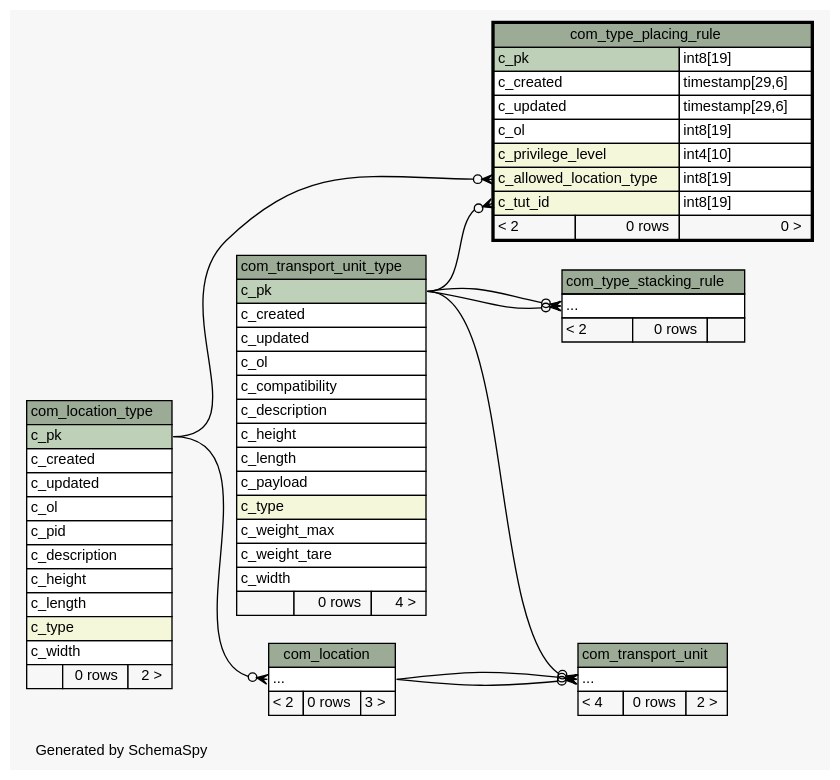
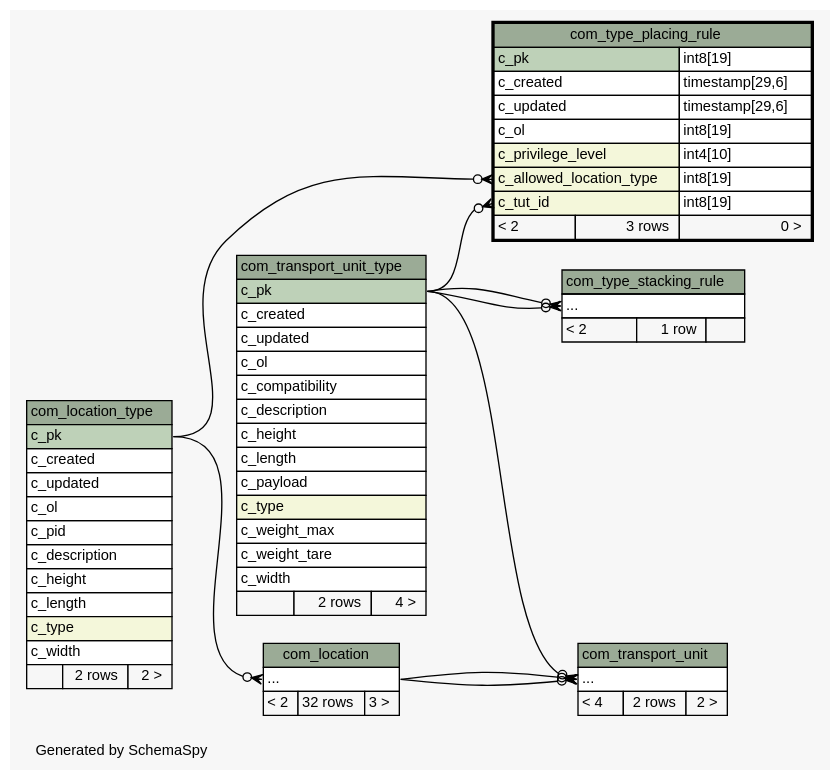
The diagram in schemaspy/diagrams/com_type_placing_rule.2degrees.dot (openwms/org.openwms.common.service.lib), drawn with Graphviz before and after one commit. The commit also changed 551 other files, not shown here.

```diff
--- a/schemaspy/diagrams/com_type_placing_rule.2degrees.dot
+++ b/schemaspy/diagrams/com_type_placing_rule.2degrees.dot
@@ -1,117 +1,117 @@
-// dot 2.38.0 on Linux 4.15.0-1037-gcp
+// dot 2.36.0 on Linux 4.4.0-101-generic
 // SchemaSpy rev Unknown
 digraph "twoDegreesRelationshipsDiagram" {
   graph [
     rankdir="RL"
     bgcolor="#f7f7f7"
     label="\nGenerated by SchemaSpy"
     labeljust="l"
     nodesep="0.18"
     ranksep="0.46"
     fontname="Helvetica"
     fontsize="11"
   ];
   node [
     fontname="Helvetica"
     fontsize="11"
     shape="plaintext"
   ];
   edge [
     arrowsize="0.8"
   ];
   "com_location":"elipses":w -> "com_location_type":"c_pk":e [arrowhead=none dir=back arrowtail=crowodot];
   "com_transport_unit":"elipses":w -> "com_location":"elipses":e [arrowhead=none dir=back arrowtail=crowodot];
   "com_transport_unit":"elipses":w -> "com_location":"elipses":e [arrowhead=none dir=back arrowtail=crowodot];
   "com_transport_unit":"elipses":w -> "com_transport_unit_type":"c_pk":e [arrowhead=none dir=back arrowtail=crowodot];
   "com_type_placing_rule":"c_allowed_location_type":w -> "com_location_type":"c_pk":e [arrowhead=none dir=back arrowtail=crowodot];
   "com_type_placing_rule":"c_tut_id":w -> "com_transport_unit_type":"c_pk":e [arrowhead=none dir=back arrowtail=crowodot];
   "com_type_stacking_rule":"elipses":w -> "com_transport_unit_type":"c_pk":e [arrowhead=none dir=back arrowtail=crowodot];
   "com_type_stacking_rule":"elipses":w -> "com_transport_unit_type":"c_pk":e [arrowhead=none dir=back arrowtail=crowodot];
   "com_location" [
     label=<
     <TABLE BORDER="0" CELLBORDER="1" CELLSPACING="0" BGCOLOR="#ffffff">
       <TR><TD COLSPAN="3" BGCOLOR="#9bab96" ALIGN="CENTER">com_location</TD></TR>
       <TR><TD PORT="elipses" COLSPAN="3" ALIGN="LEFT">...</TD></TR>
-      <TR><TD ALIGN="LEFT" BGCOLOR="#f7f7f7">&lt; 2</TD><TD ALIGN="RIGHT" BGCOLOR="#f7f7f7">0 rows</TD><TD ALIGN="RIGHT" BGCOLOR="#f7f7f7">3 &gt;</TD></TR>
+      <TR><TD ALIGN="LEFT" BGCOLOR="#f7f7f7">&lt; 2</TD><TD ALIGN="RIGHT" BGCOLOR="#f7f7f7">32 rows</TD><TD ALIGN="RIGHT" BGCOLOR="#f7f7f7">3 &gt;</TD></TR>
     </TABLE>>
     URL="com_location.html"
     tooltip="com_location"
   ];
   "com_location_type" [
     label=<
     <TABLE BORDER="0" CELLBORDER="1" CELLSPACING="0" BGCOLOR="#ffffff">
       <TR><TD COLSPAN="3" BGCOLOR="#9bab96" ALIGN="CENTER">com_location_type</TD></TR>
       <TR><TD PORT="c_pk" COLSPAN="3" BGCOLOR="#bed1b8" ALIGN="LEFT">c_pk</TD></TR>
       <TR><TD PORT="c_created" COLSPAN="3" ALIGN="LEFT">c_created</TD></TR>
       <TR><TD PORT="c_updated" COLSPAN="3" ALIGN="LEFT">c_updated</TD></TR>
       <TR><TD PORT="c_ol" COLSPAN="3" ALIGN="LEFT">c_ol</TD></TR>
       <TR><TD PORT="c_pid" COLSPAN="3" ALIGN="LEFT">c_pid</TD></TR>
       <TR><TD PORT="c_description" COLSPAN="3" ALIGN="LEFT">c_description</TD></TR>
       <TR><TD PORT="c_height" COLSPAN="3" ALIGN="LEFT">c_height</TD></TR>
       <TR><TD PORT="c_length" COLSPAN="3" ALIGN="LEFT">c_length</TD></TR>
       <TR><TD PORT="c_type" COLSPAN="3" BGCOLOR="#f4f7da" ALIGN="LEFT">c_type</TD></TR>
       <TR><TD PORT="c_width" COLSPAN="3" ALIGN="LEFT">c_width</TD></TR>
-      <TR><TD ALIGN="LEFT" BGCOLOR="#f7f7f7">  </TD><TD ALIGN="RIGHT" BGCOLOR="#f7f7f7">0 rows</TD><TD ALIGN="RIGHT" BGCOLOR="#f7f7f7">2 &gt;</TD></TR>
+      <TR><TD ALIGN="LEFT" BGCOLOR="#f7f7f7">  </TD><TD ALIGN="RIGHT" BGCOLOR="#f7f7f7">2 rows</TD><TD ALIGN="RIGHT" BGCOLOR="#f7f7f7">2 &gt;</TD></TR>
     </TABLE>>
     URL="com_location_type.html"
     tooltip="com_location_type"
   ];
   "com_transport_unit" [
     label=<
     <TABLE BORDER="0" CELLBORDER="1" CELLSPACING="0" BGCOLOR="#ffffff">
       <TR><TD COLSPAN="3" BGCOLOR="#9bab96" ALIGN="CENTER">com_transport_unit</TD></TR>
       <TR><TD PORT="elipses" COLSPAN="3" ALIGN="LEFT">...</TD></TR>
-      <TR><TD ALIGN="LEFT" BGCOLOR="#f7f7f7">&lt; 4</TD><TD ALIGN="RIGHT" BGCOLOR="#f7f7f7">0 rows</TD><TD ALIGN="RIGHT" BGCOLOR="#f7f7f7">2 &gt;</TD></TR>
+      <TR><TD ALIGN="LEFT" BGCOLOR="#f7f7f7">&lt; 4</TD><TD ALIGN="RIGHT" BGCOLOR="#f7f7f7">2 rows</TD><TD ALIGN="RIGHT" BGCOLOR="#f7f7f7">2 &gt;</TD></TR>
     </TABLE>>
     URL="com_transport_unit.html"
     tooltip="com_transport_unit"
   ];
   "com_transport_unit_type" [
     label=<
     <TABLE BORDER="0" CELLBORDER="1" CELLSPACING="0" BGCOLOR="#ffffff">
       <TR><TD COLSPAN="3" BGCOLOR="#9bab96" ALIGN="CENTER">com_transport_unit_type</TD></TR>
       <TR><TD PORT="c_pk" COLSPAN="3" BGCOLOR="#bed1b8" ALIGN="LEFT">c_pk</TD></TR>
       <TR><TD PORT="c_created" COLSPAN="3" ALIGN="LEFT">c_created</TD></TR>
       <TR><TD PORT="c_updated" COLSPAN="3" ALIGN="LEFT">c_updated</TD></TR>
       <TR><TD PORT="c_ol" COLSPAN="3" ALIGN="LEFT">c_ol</TD></TR>
       <TR><TD PORT="c_compatibility" COLSPAN="3" ALIGN="LEFT">c_compatibility</TD></TR>
       <TR><TD PORT="c_description" COLSPAN="3" ALIGN="LEFT">c_description</TD></TR>
       <TR><TD PORT="c_height" COLSPAN="3" ALIGN="LEFT">c_height</TD></TR>
       <TR><TD PORT="c_length" COLSPAN="3" ALIGN="LEFT">c_length</TD></TR>
       <TR><TD PORT="c_payload" COLSPAN="3" ALIGN="LEFT">c_payload</TD></TR>
       <TR><TD PORT="c_type" COLSPAN="3" BGCOLOR="#f4f7da" ALIGN="LEFT">c_type</TD></TR>
       <TR><TD PORT="c_weight_max" COLSPAN="3" ALIGN="LEFT">c_weight_max</TD></TR>
       <TR><TD PORT="c_weight_tare" COLSPAN="3" ALIGN="LEFT">c_weight_tare</TD></TR>
       <TR><TD PORT="c_width" COLSPAN="3" ALIGN="LEFT">c_width</TD></TR>
-      <TR><TD ALIGN="LEFT" BGCOLOR="#f7f7f7">  </TD><TD ALIGN="RIGHT" BGCOLOR="#f7f7f7">0 rows</TD><TD ALIGN="RIGHT" BGCOLOR="#f7f7f7">4 &gt;</TD></TR>
+      <TR><TD ALIGN="LEFT" BGCOLOR="#f7f7f7">  </TD><TD ALIGN="RIGHT" BGCOLOR="#f7f7f7">2 rows</TD><TD ALIGN="RIGHT" BGCOLOR="#f7f7f7">4 &gt;</TD></TR>
     </TABLE>>
     URL="com_transport_unit_type.html"
     tooltip="com_transport_unit_type"
   ];
   "com_type_placing_rule" [
     label=<
     <TABLE BORDER="2" CELLBORDER="1" CELLSPACING="0" BGCOLOR="#ffffff">
       <TR><TD COLSPAN="3" BGCOLOR="#9bab96" ALIGN="CENTER">com_type_placing_rule</TD></TR>
       <TR><TD PORT="c_pk" COLSPAN="2" BGCOLOR="#bed1b8" ALIGN="LEFT">c_pk</TD><TD PORT="c_pk.type" ALIGN="LEFT">int8[19]</TD></TR>
       <TR><TD PORT="c_created" COLSPAN="2" ALIGN="LEFT">c_created</TD><TD PORT="c_created.type" ALIGN="LEFT">timestamp[29,6]</TD></TR>
       <TR><TD PORT="c_updated" COLSPAN="2" ALIGN="LEFT">c_updated</TD><TD PORT="c_updated.type" ALIGN="LEFT">timestamp[29,6]</TD></TR>
       <TR><TD PORT="c_ol" COLSPAN="2" ALIGN="LEFT">c_ol</TD><TD PORT="c_ol.type" ALIGN="LEFT">int8[19]</TD></TR>
       <TR><TD PORT="c_privilege_level" COLSPAN="2" BGCOLOR="#f4f7da" ALIGN="LEFT">c_privilege_level</TD><TD PORT="c_privilege_level.type" ALIGN="LEFT">int4[10]</TD></TR>
       <TR><TD PORT="c_allowed_location_type" COLSPAN="2" BGCOLOR="#f4f7da" ALIGN="LEFT">c_allowed_location_type</TD><TD PORT="c_allowed_location_type.type" ALIGN="LEFT">int8[19]</TD></TR>
       <TR><TD PORT="c_tut_id" COLSPAN="2" BGCOLOR="#f4f7da" ALIGN="LEFT">c_tut_id</TD><TD PORT="c_tut_id.type" ALIGN="LEFT">int8[19]</TD></TR>
-      <TR><TD ALIGN="LEFT" BGCOLOR="#f7f7f7">&lt; 2</TD><TD ALIGN="RIGHT" BGCOLOR="#f7f7f7">0 rows</TD><TD ALIGN="RIGHT" BGCOLOR="#f7f7f7">0 &gt;</TD></TR>
+      <TR><TD ALIGN="LEFT" BGCOLOR="#f7f7f7">&lt; 2</TD><TD ALIGN="RIGHT" BGCOLOR="#f7f7f7">3 rows</TD><TD ALIGN="RIGHT" BGCOLOR="#f7f7f7">0 &gt;</TD></TR>
     </TABLE>>
     URL="com_type_placing_rule.html"
     tooltip="com_type_placing_rule"
   ];
   "com_type_stacking_rule" [
     label=<
     <TABLE BORDER="0" CELLBORDER="1" CELLSPACING="0" BGCOLOR="#ffffff">
       <TR><TD COLSPAN="3" BGCOLOR="#9bab96" ALIGN="CENTER">com_type_stacking_rule</TD></TR>
       <TR><TD PORT="elipses" COLSPAN="3" ALIGN="LEFT">...</TD></TR>
-      <TR><TD ALIGN="LEFT" BGCOLOR="#f7f7f7">&lt; 2</TD><TD ALIGN="RIGHT" BGCOLOR="#f7f7f7">0 rows</TD><TD ALIGN="RIGHT" BGCOLOR="#f7f7f7">  </TD></TR>
+      <TR><TD ALIGN="LEFT" BGCOLOR="#f7f7f7">&lt; 2</TD><TD ALIGN="RIGHT" BGCOLOR="#f7f7f7">1 row</TD><TD ALIGN="RIGHT" BGCOLOR="#f7f7f7">  </TD></TR>
     </TABLE>>
     URL="com_type_stacking_rule.html"
     tooltip="com_type_stacking_rule"
   ];
 }
```
